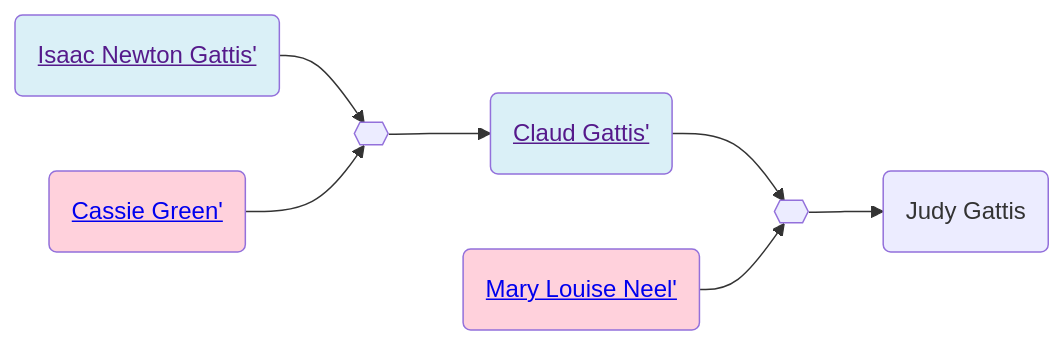
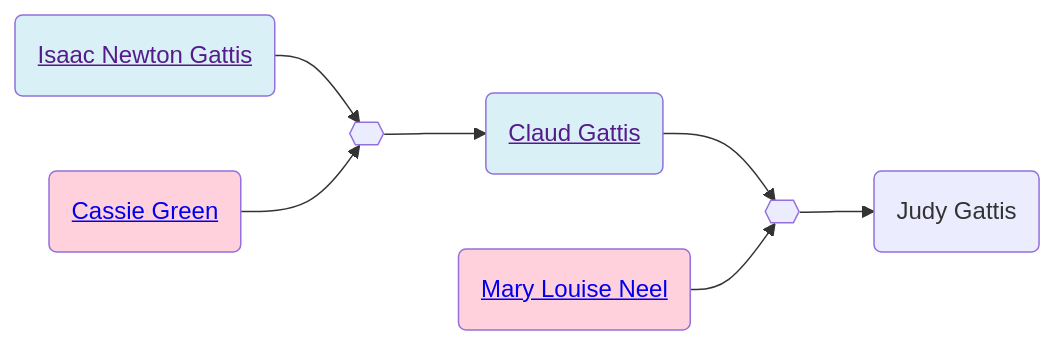
One commit to neelsmith/avocational changed the second of 2 diagrams in familyhistory/sources/people/Gattis-line/Isaac_Newton_Gattis.qmd. Above: the diagram before and after it, drawn with Mermaid. The commit also changed other lines of this file and 96 other files, not shown here.

````diff
--- a/familyhistory/sources/people/Gattis-line/Isaac_Newton_Gattis.qmd
+++ b/familyhistory/sources/people/Gattis-line/Isaac_Newton_Gattis.qmd
@@ -53,20 +53,20 @@
 ```{mermaid}
 graph LR
 %% LR descendant diagram
 class Isaac_Newton_Gattis_and_Cassie_Green marriage
-Isaac_Newton_Gattis(<a href=''>Isaac Newton Gattis'</>) --> Isaac_Newton_Gattis_and_Cassie_Green{{ }}
-Cassie_Green(<a href='./Green-line/Cassie_Green.html'>Cassie Green'</>) --> Isaac_Newton_Gattis_and_Cassie_Green{{ }}
+Isaac_Newton_Gattis(<a href=''>Isaac Newton Gattis</a>) --> Isaac_Newton_Gattis_and_Cassie_Green{{ }}
+Cassie_Green(<a href='./Green-line/Cassie_Green.html'>Cassie Green</a>) --> Isaac_Newton_Gattis_and_Cassie_Green{{ }}
 class Isaac_Newton_Gattis father
 class Cassie_Green mother
-Isaac_Newton_Gattis_and_Cassie_Green{{ }} --> Claud_Gattis(<a href='./Claud_Gattis.html'>Claud Gattis'</>)
+Isaac_Newton_Gattis_and_Cassie_Green{{ }} --> Claud_Gattis(<a href='./Claud_Gattis.html'>Claud Gattis</a>)
 class Claud_Gattis_and_Mary_Louise_Neel marriage
-Claud_Gattis(<a href=''>Claud Gattis'</>) --> Claud_Gattis_and_Mary_Louise_Neel{{ }}
-Mary_Louise_Neel(<a href='./../Neel-line/Mary_Louise_Neel.html'>Mary Louise Neel'</>) --> Claud_Gattis_and_Mary_Louise_Neel{{ }}
+Claud_Gattis(<a href=''>Claud Gattis</a>) --> Claud_Gattis_and_Mary_Louise_Neel{{ }}
+Mary_Louise_Neel(<a href='./../Neel-line/Mary_Louise_Neel.html'>Mary Louise Neel</a>) --> Claud_Gattis_and_Mary_Louise_Neel{{ }}
 class Claud_Gattis father
 class Mary_Louise_Neel mother
 Claud_Gattis_and_Mary_Louise_Neel{{ }} --> Judy_Gattis(Judy Gattis)
 classDef mother fill:#ffd1dc
 classDef father fill:#daf0f7  
 classDef marriage fill:#ffffff
 
 ```
````
